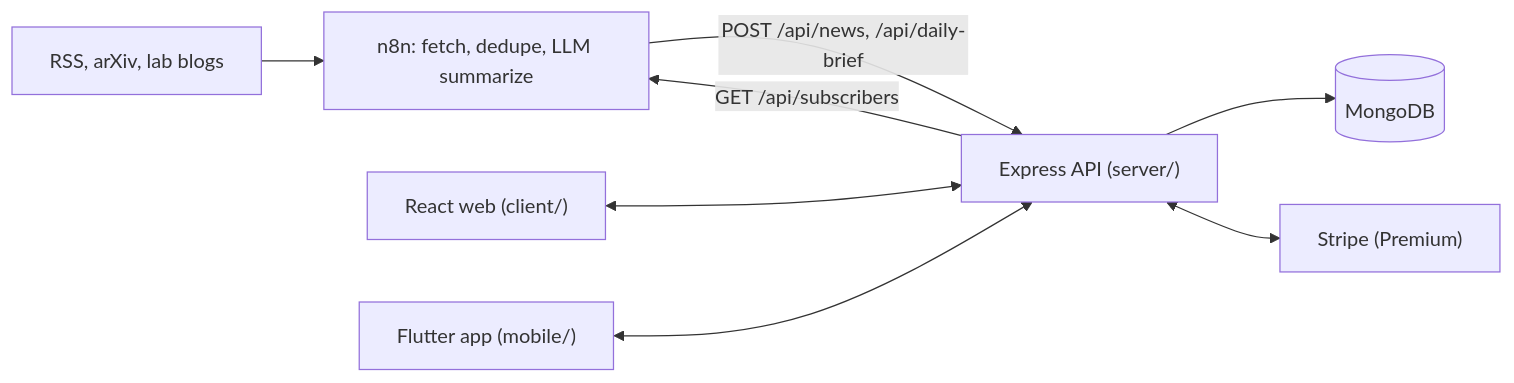
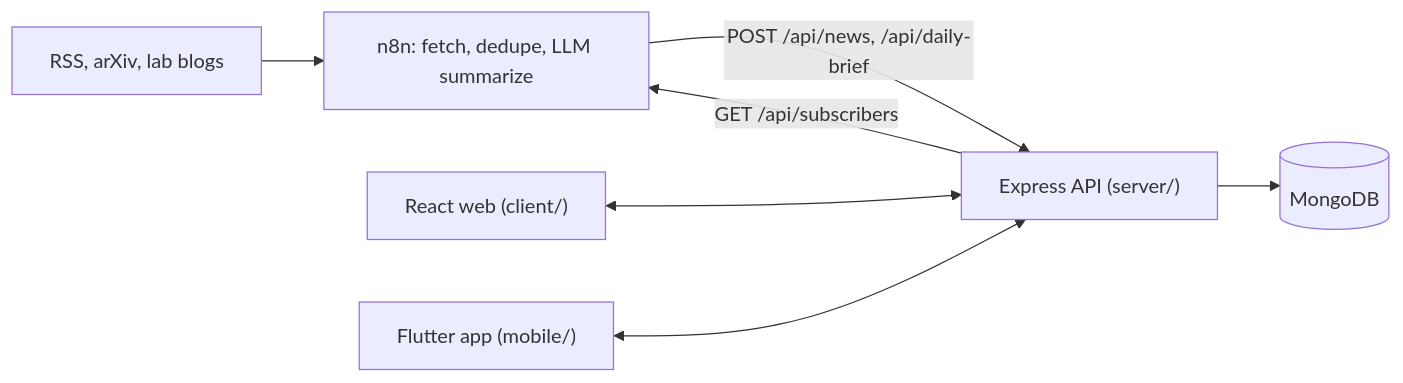
The diagram in README.md (TechCatalyst-co/gsin), drawn with Mermaid before and after one commit. The commit also changed other lines of this file and 66 other files, not shown here.

````diff
--- a/README.md
+++ b/README.md
@@ -22,10 +24,9 @@
 ```mermaid
 flowchart LR
     Sources["RSS, arXiv, lab blogs"] --> N8N["n8n: fetch, dedupe, LLM summarize"]
     N8N -->|"POST /api/news, /api/daily-brief"| API["Express API (server/)"]
     API --> Mongo[(MongoDB)]
-    API <--> Stripe["Stripe (Premium)"]
     Web["React web (client/)"] <--> API
     App["Flutter app (mobile/)"] <--> API
     API -->|"GET /api/subscribers"| N8N
 ```
````
